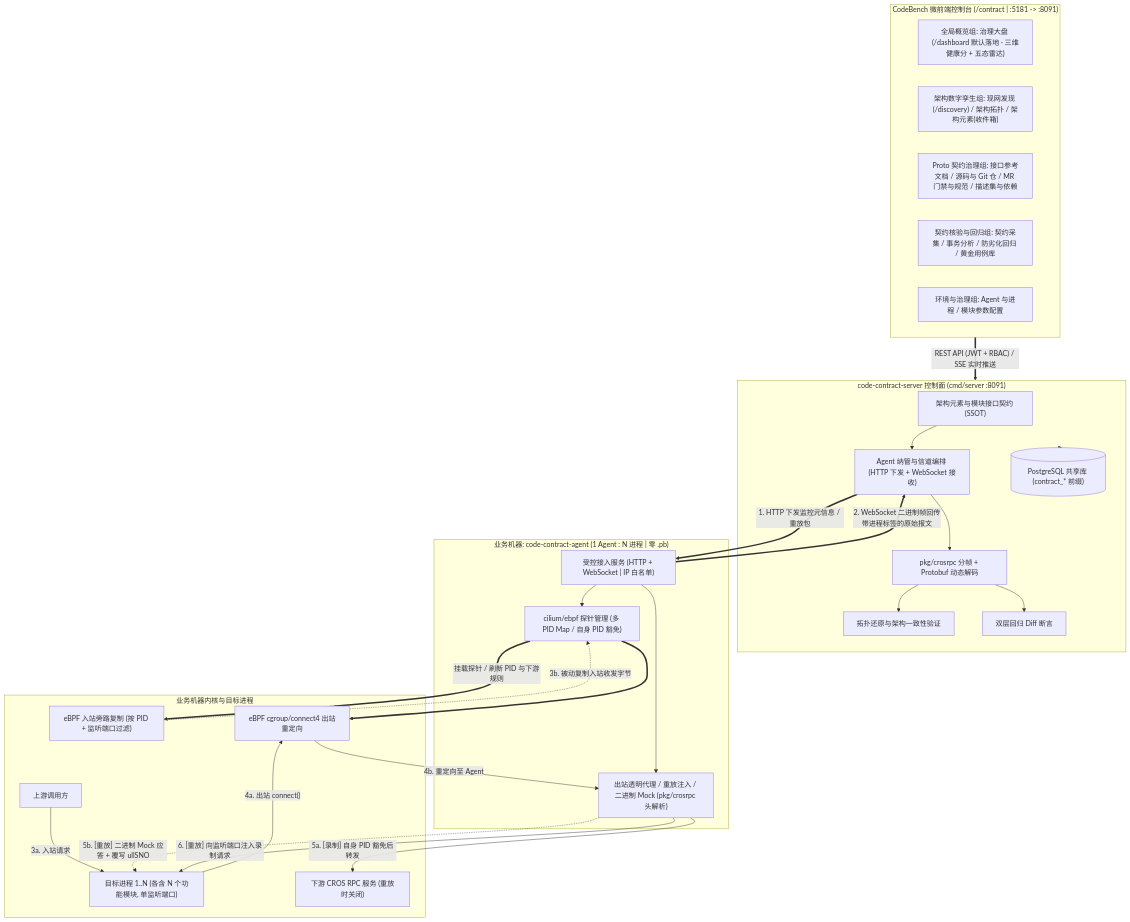
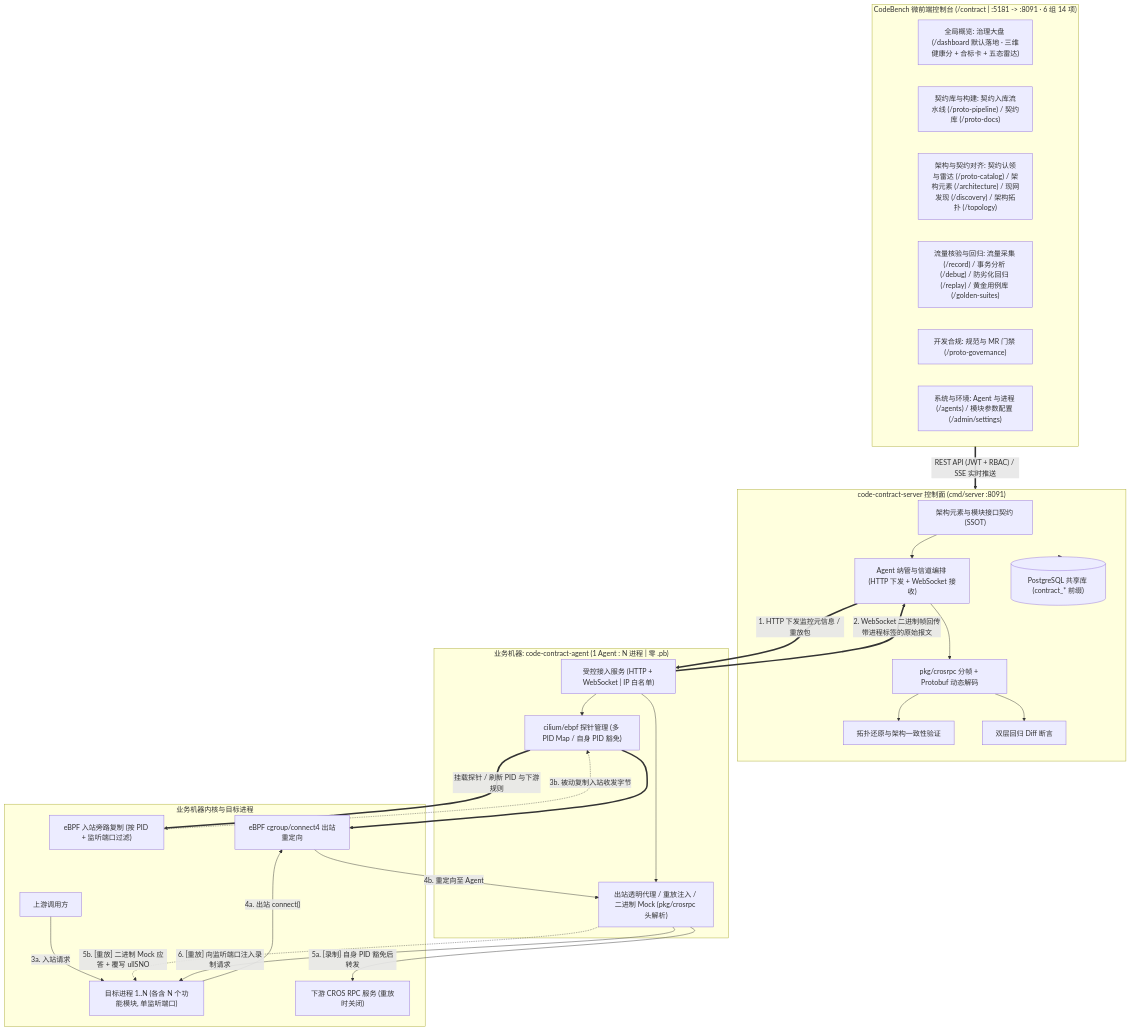
The first of 2 diagrams in docs/01-features/01-feature-matrix.md (fugui/code-contract), drawn with Mermaid before and after one commit. The commit also changed other lines of this file and 11 other files, not shown here.

````diff
--- a/docs/01-features/01-feature-matrix.md
+++ b/docs/01-features/01-feature-matrix.md
@@ -104,54 +111,55 @@
 ```mermaid
 flowchart TB
-    subgraph Portal["CodeBench 微前端控制台 (/contract | :5181 -> :8091)"]
-        UI_Dash["全局概览组: 治理大盘 (/dashboard 默认落地 · 三维健康分 + 五态雷达)"]
-        UI_Arch["架构数字孪生组: 现网发现 (/discovery) / 架构拓扑 / 架构元素(收件箱)"]
-        UI_Proto["Proto 契约治理组: 接口参考文档 / 源码与 Git 仓 / MR 门禁与规范 / 描述集与依赖"]
-        UI_Flow["契约核验与回归组: 契约采集 / 事务分析 / 防劣化回归 / 黄金用例库"]
-        UI_Env["环境与治理组: Agent 与进程 / 模块参数配置"]
+    subgraph Portal["CodeBench 微前端控制台 (/contract | :5181 -> :8091 · 6 组 14 项)"]
+        UI_Dash["全局概览: 治理大盘 (/dashboard 默认落地 · 三维健康分 + 合标卡 + 五态雷达)"]
+        UI_Lib["契约库与构建: 契约入库流水线 (/proto-pipeline) / 契约库 (/proto-docs)"]
+        UI_Arch["架构与契约对齐: 契约认领与雷达 (/proto-catalog) / 架构元素 (/architecture) / 现网发现 (/discovery) / 架构拓扑 (/topology)"]
+        UI_Flow["流量核验与回归: 流量采集 (/record) / 事务分析 (/debug) / 防劣化回归 (/replay) / 黄金用例库 (/golden-suites)"]
+        UI_Gov["开发合规: 规范与 MR 门禁 (/proto-governance)"]
+        UI_Env["系统与环境: Agent 与进程 (/agents) / 模块参数配置 (/admin/settings)"]
     end
 
     subgraph ControlPlane["code-contract-server 控制面 (cmd/server :8091)"]
         Arch_Mgr["架构元素与模块接口契约 (SSOT)"]
         Agent_Hub["Agent 纳管与信道编排 (HTTP 下发 + WebSocket 接收)"]
         Decoder["pkg/crosrpc 分帧 + Protobuf 动态解码"]
         Topo_Eng["拓扑还原与架构一致性验证"]
         Diff_Eng["双层回归 Diff 断言"]
         Store[("PostgreSQL 共享库 (contract_* 前缀)")]
     end
 
     subgraph DataPlane["业务机器: code-contract-agent (1 Agent : N 进程 | 零 .pb)"]
         Agent_Srv["受控接入服务 (HTTP + WebSocket | IP 白名单)"]
         EBPF_Mgr["cilium/ebpf 探针管理 (多 PID Map / 自身 PID 豁免)"]
         Proxy["出站透明代理 / 重放注入 / 二进制 Mock (pkg/crosrpc 头解析)"]
     end
 
     subgraph BizHost["业务机器内核与目标进程"]
         Ingress_Hook["eBPF 入站旁路复制 (按 PID + 监听端口过滤)"]
         Connect_Hook["eBPF cgroup/connect4 出站重定向"]
         TargetProc["目标进程 1..N (各含 N 个功能模块, 单监听端口)"]
         Client["上游调用方"]
         Downstream["下游 CROS RPC 服务 (重放时关闭)"]
     end
 
     Portal == "REST API (JWT + RBAC) / SSE 实时推送" ==> ControlPlane
     Arch_Mgr --> Agent_Hub
     Agent_Hub --> Decoder --> Topo_Eng
     Decoder --> Diff_Eng
     ControlPlane --> Store
 
     Agent_Hub == "1. HTTP 下发监控元信息 / 重放包" ==> Agent_Srv
     Agent_Srv == "2. WebSocket 二进制帧回传带进程标签的原始报文" ==> Agent_Hub
     Agent_Srv --> EBPF_Mgr
     Agent_Srv --> Proxy
     EBPF_Mgr == "挂载探针 / 刷新 PID 与下游规则" ==> Ingress_Hook
     EBPF_Mgr ==> Connect_Hook
 
     Client -- "3a. 入站请求" --> TargetProc
     Ingress_Hook -. "3b. 被动复制入站收发字节" .-> EBPF_Mgr
     TargetProc -- "4a. 出站 connect()" --> Connect_Hook
     Connect_Hook -- "4b. 重定向至 Agent" --> Proxy
     Proxy -- "5a. [录制] 自身 PID 豁免后转发" --> Downstream
     Proxy -. "5b. [重放] 二进制 Mock 应答 + 覆写 ullSNO" .-> TargetProc
     Proxy -- "6. [重放] 向监听端口注入录制请求" --> TargetProc
 ```
````
